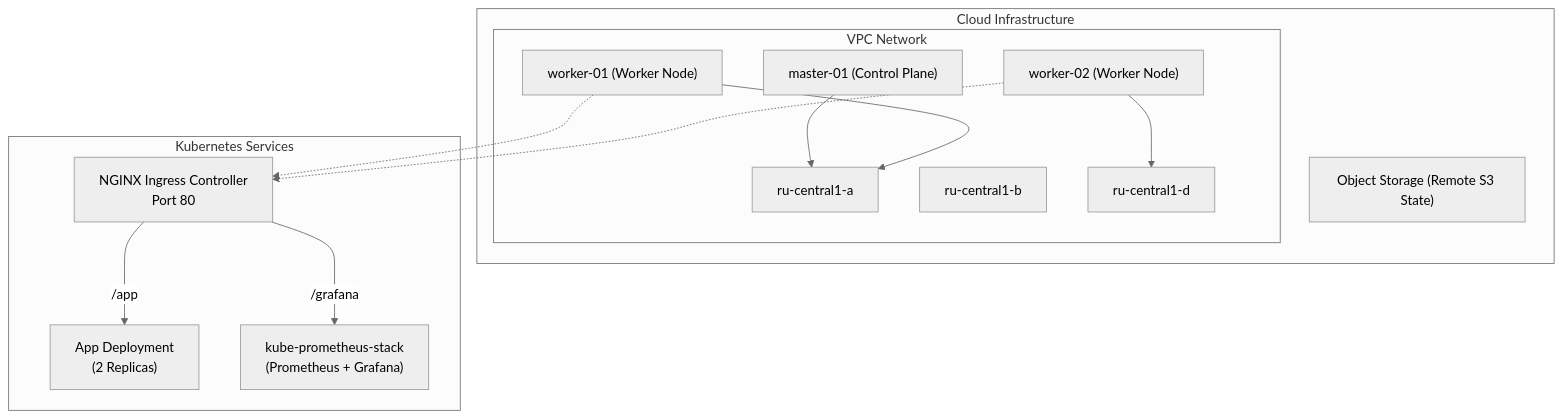
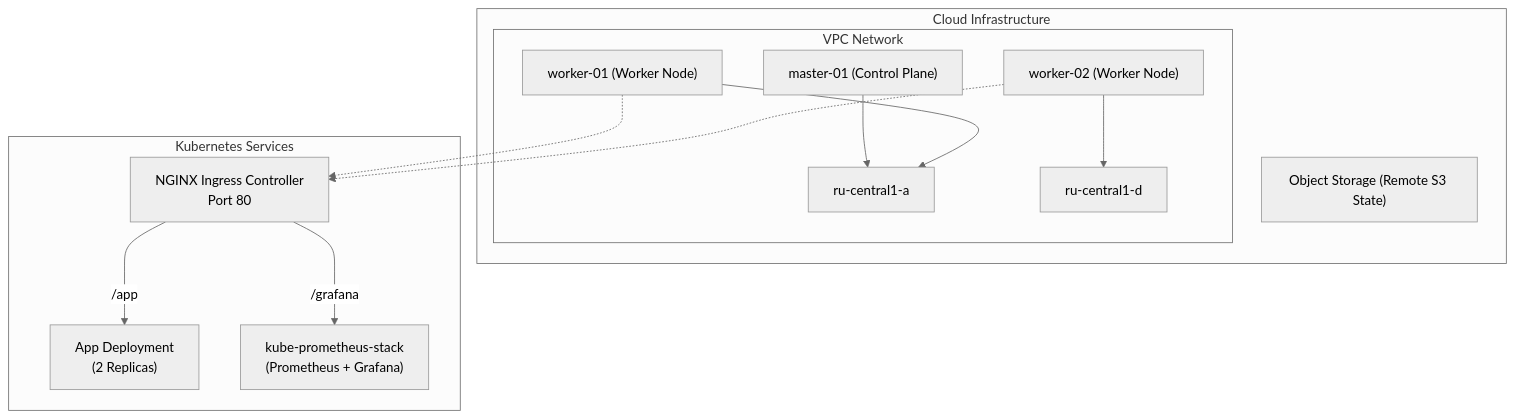
Before and after one commit to MistoriD/diplom_nt: the diagram in README.md, drawn with Mermaid (neutral theme). The commit also changed other lines of this file and 1 other file, not shown here.

````diff
--- a/README.md
+++ b/README.md
@@ -24,27 +24,26 @@
 ```mermaid
 flowchart TD
     subgraph Cloud Infrastructure
         subgraph VPC Network
             SubnetA[ru-central1-a]
-            SubnetB[ru-central1-b]
             SubnetD[ru-central1-d]
 
             M1["master-01 (Control Plane)"] --> SubnetA
             W1["worker-01 (Worker Node)"] --> SubnetA
             W2["worker-02 (Worker Node)"] --> SubnetD
         end
         S3["Object Storage (Remote S3 State)"]
     end
 
     subgraph Kubernetes Services
         Ingress[NGINX Ingress Controller<br>Port 80]
         App["App Deployment<br>(2 Replicas)"]
         Mon["kube-prometheus-stack<br>(Prometheus + Grafana)"]
-        
+
         Ingress -->|/app| App
         Ingress -->|/grafana| Mon
     end
 
     W1 -.-> Ingress
     W2 -.-> Ingress
 ```
````
